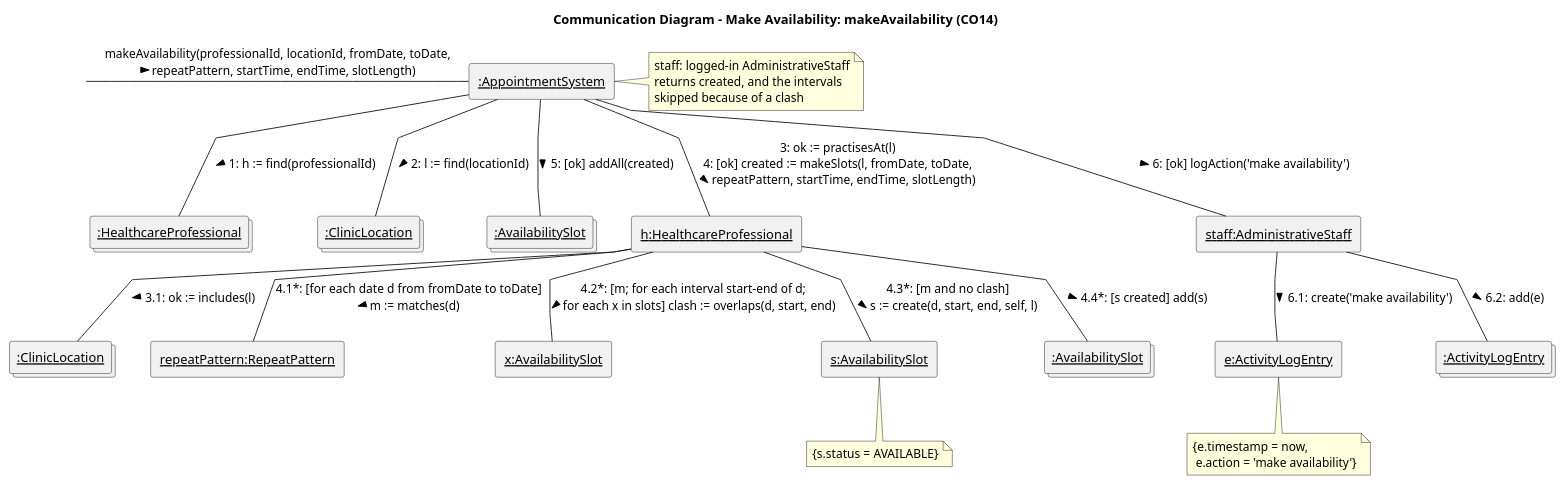
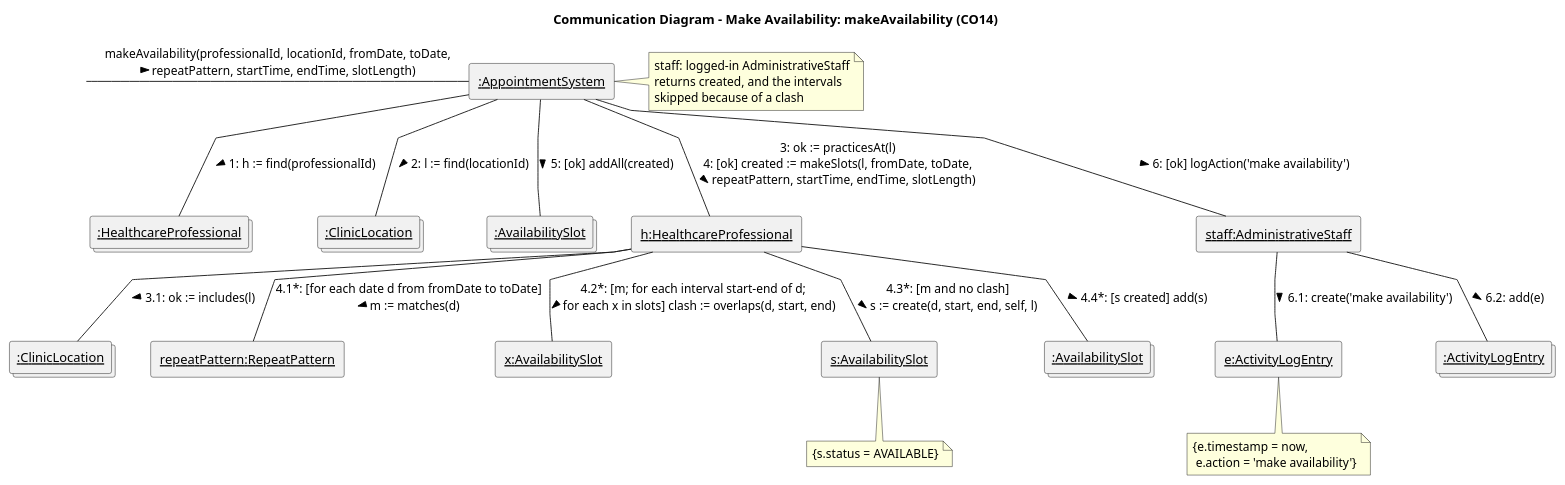
One commit to rakib-akter/SOEN-342-Project changed the diagram in docs/interaction-diagrams/make-availability.puml. Above: the diagram before and after it, drawn with PlantUML. The commit also changed 4 other files, not shown here.

```diff
--- a/docs/interaction-diagrams/make-availability.puml
+++ b/docs/interaction-diagrams/make-availability.puml
@@ -1,49 +1,49 @@
 @startuml make-availability
 title Communication Diagram - Make Availability: makeAvailability (CO14)
 skinparam linetype polyline
 
 label " " as start
 rectangle "<u>:AppointmentSystem</u>" as ctrl
 collections "<u>:HealthcareProfessional</u>" as professionals
 collections "<u>:ClinicLocation</u>" as locations
 collections "<u>:AvailabilitySlot</u>" as allSlots
 rectangle "<u>h:HealthcareProfessional</u>" as h
 collections "<u>:ClinicLocation</u>" as hLocations
 rectangle "<u>repeatPattern:RepeatPattern</u>" as rp
 rectangle "<u>x:AvailabilitySlot</u>" as x
 rectangle "<u>s:AvailabilitySlot</u>" as s
 collections "<u>:AvailabilitySlot</u>" as hSlots
 rectangle "<u>staff:AdministrativeStaff</u>" as staff
 rectangle "<u>e:ActivityLogEntry</u>" as e
 collections "<u>:ActivityLogEntry</u>" as entries
 
 start -right- ctrl : "makeAvailability(professionalId, locationId, fromDate, toDate,\nrepeatPattern, startTime, endTime, slotLength) >"
 
 ctrl -- professionals : "1: h := find(professionalId) >"
 ctrl -- locations : "2: l := find(locationId) >"
-ctrl -- h : "3: ok := practisesAt(l)\n4: [ok] created := makeSlots(l, fromDate, toDate,\nrepeatPattern, startTime, endTime, slotLength) >"
+ctrl -- h : "3: ok := practicesAt(l)\n4: [ok] created := makeSlots(l, fromDate, toDate,\nrepeatPattern, startTime, endTime, slotLength) >"
 h -- hLocations : "3.1: ok := includes(l) >"
 h -- rp : "4.1*: [for each date d from fromDate to toDate]\nm := matches(d) >"
 h -- x : "4.2*: [m; for each interval start-end of d;\nfor each x in slots] clash := overlaps(d, start, end) >"
 h -- s : "4.3*: [m and no clash]\ns := create(d, start, end, self, l) >"
 h -- hSlots : "4.4*: [s created] add(s) >"
 ctrl -- allSlots : "5: [ok] addAll(created) >"
 ctrl -- staff : "6: [ok] logAction('make availability') >"
 staff -- e : "6.1: create('make availability') >"
 staff -- entries : "6.2: add(e) >"
 
 note right of ctrl
   staff: logged-in AdministrativeStaff
   returns created, and the intervals
   skipped because of a clash
 end note
 
 note bottom of s
   {s.status = AVAILABLE}
 end note
 
 note bottom of e
   {e.timestamp = now,
    e.action = 'make availability'}
 end note
 @enduml
```
